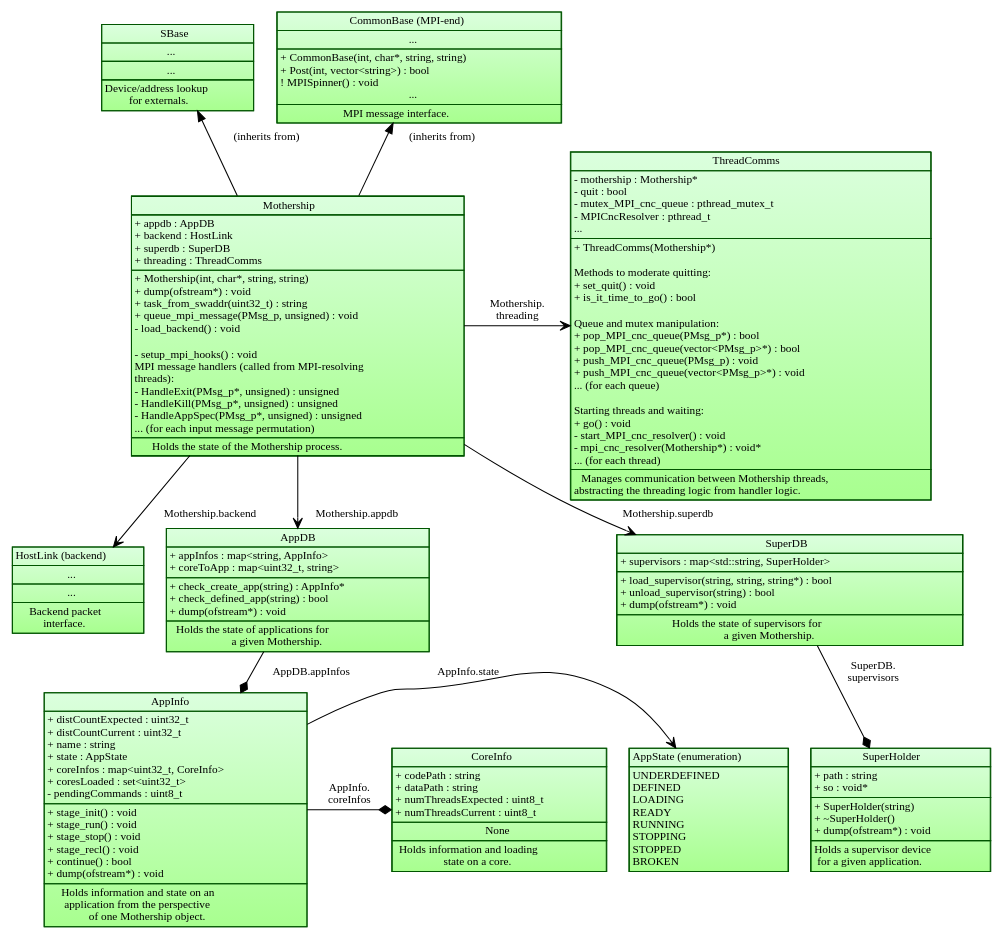
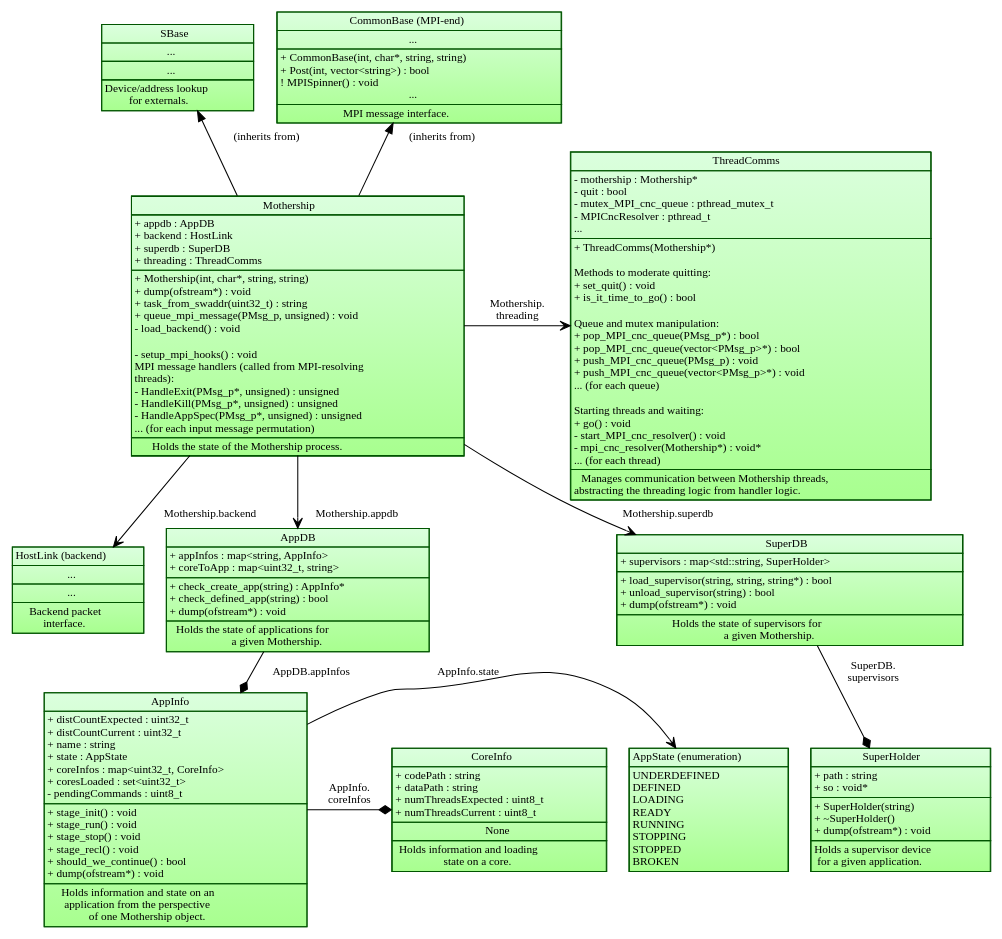
Before and after one commit to POETSII/orchestrator-documentation: the diagram in images/source/mothership_data_structure.dot, drawn with Graphviz. The commit also changed 1 other file, not shown here.

Commit message:
Rename 'continue' method to 'should_we_continue'.

```diff
--- a/images/source/mothership_data_structure.dot
+++ b/images/source/mothership_data_structure.dot
@@ -102,7 +102,7 @@
 + stage_run() : void<BR ALIGN="LEFT"/>
 + stage_stop() : void<BR ALIGN="LEFT"/>
 + stage_recl() : void<BR ALIGN="LEFT"/>
-+ continue() : bool<BR ALIGN="LEFT"/>
++ should_we_continue() : bool<BR ALIGN="LEFT"/>
 + dump(ofstream*) : void<BR ALIGN="LEFT"/>
 </TD></TR>
 <TR><TD ALIGN="TEXT">
```
